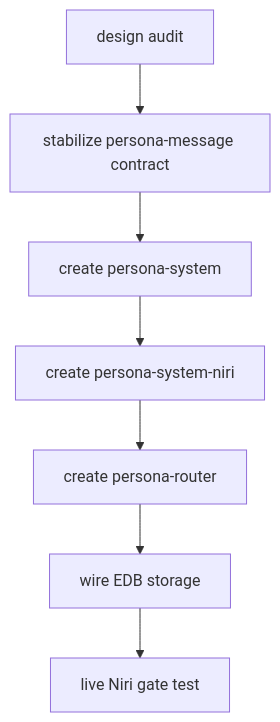
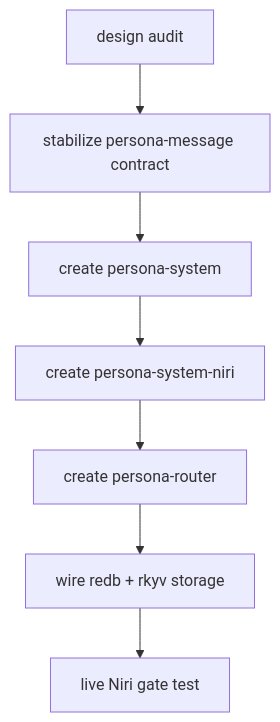
One commit to LiGoldragon/primary changed the sixth of 6 diagrams in reports/operator/8-persona-system-repo-plan.md. Above: the diagram before and after it, drawn with Mermaid. The commit also changed other lines of this file and 3 other files, not shown here.

Commit message:
drop EDB acronym; redb + rkyv stays the literal name

````diff
--- a/reports/operator/8-persona-system-repo-plan.md
+++ b/reports/operator/8-persona-system-repo-plan.md
@@ -167,17 +162,17 @@
 ```mermaid
 flowchart TD
     report[design audit]
     message[stabilize persona-message contract]
     system[create persona-system]
     niri[create persona-system-niri]
     router[create persona-router]
-    edb[wire EDB storage]
+    storage[wire redb + rkyv storage]
     live[live Niri gate test]
 
     report --> message
     message --> system
     system --> niri
     niri --> router
-    router --> edb
-    edb --> live
+    router --> storage
+    storage --> live
 ```
````
